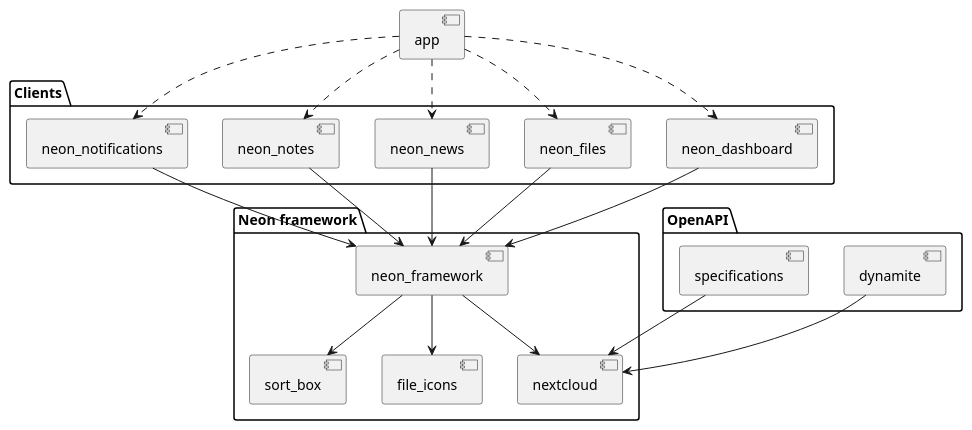
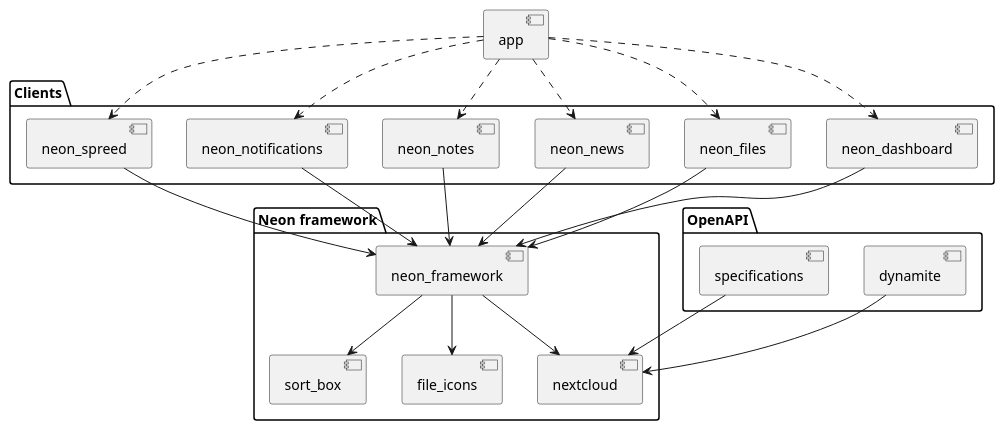
The diagram in docs/architecture.puml (nextcloud/neon), drawn with PlantUML before and after one commit. The commit also changed 28 other files, not shown here.

```diff
--- a/docs/architecture.puml
+++ b/docs/architecture.puml
@@ -1,45 +1,48 @@
 @startuml architecture
 
 package "Neon framework" {
     component neon_framework
     component nextcloud
     component sort_box
     component file_icons
 }
 
 package "Clients" {
     component neon_dashboard
     component neon_files
     component neon_news
     component neon_notes
     component neon_notifications
+    component neon_spreed
 }
 
 package "OpenAPI" {
     component dynamite
     component specifications
 }
 
 component app
 
 app ..> neon_dashboard
 app ..> neon_files
 app ..> neon_news
 app ..> neon_notes
 app ..> neon_notifications
+app ..> neon_spreed
 
 neon_dashboard --> neon_framework
 neon_files --> neon_framework
 neon_news --> neon_framework
 neon_notes --> neon_framework
 neon_notifications --> neon_framework
+neon_spreed --> neon_framework
 
 
 neon_framework --> nextcloud
 neon_framework --> sort_box
 neon_framework --> file_icons
 
 dynamite --> nextcloud
 specifications --> nextcloud
 
 @enduml
```
